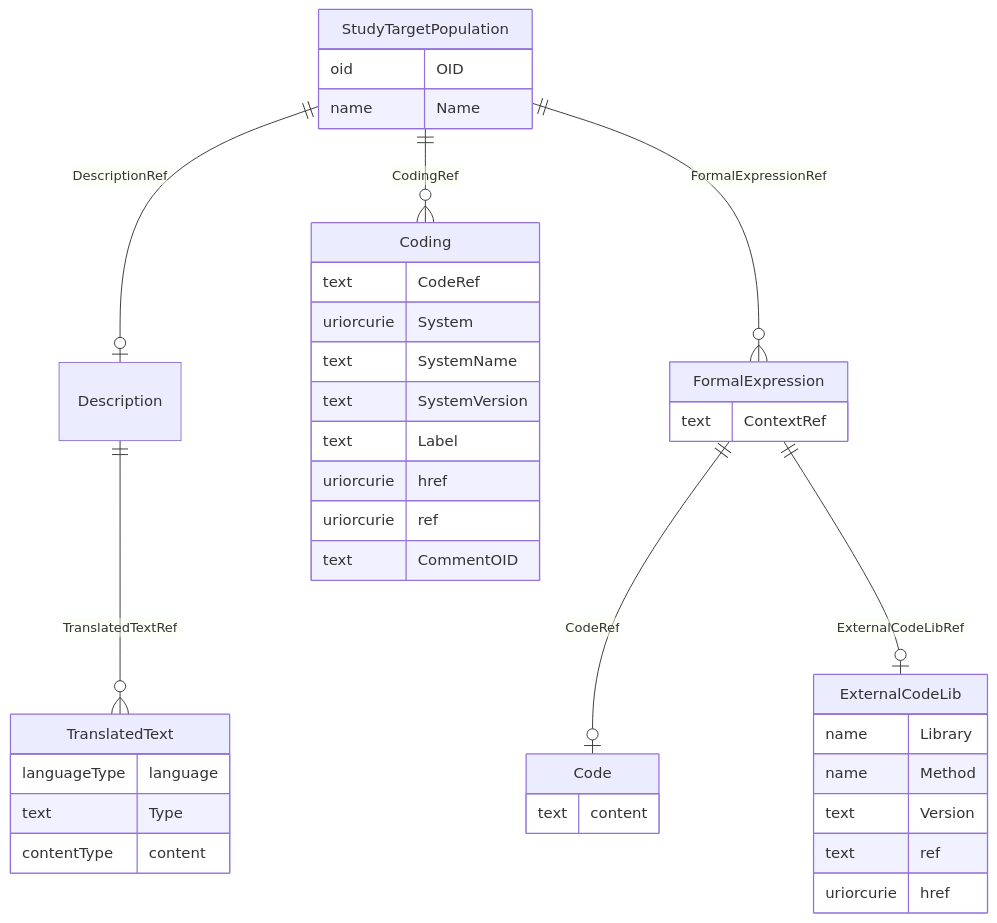
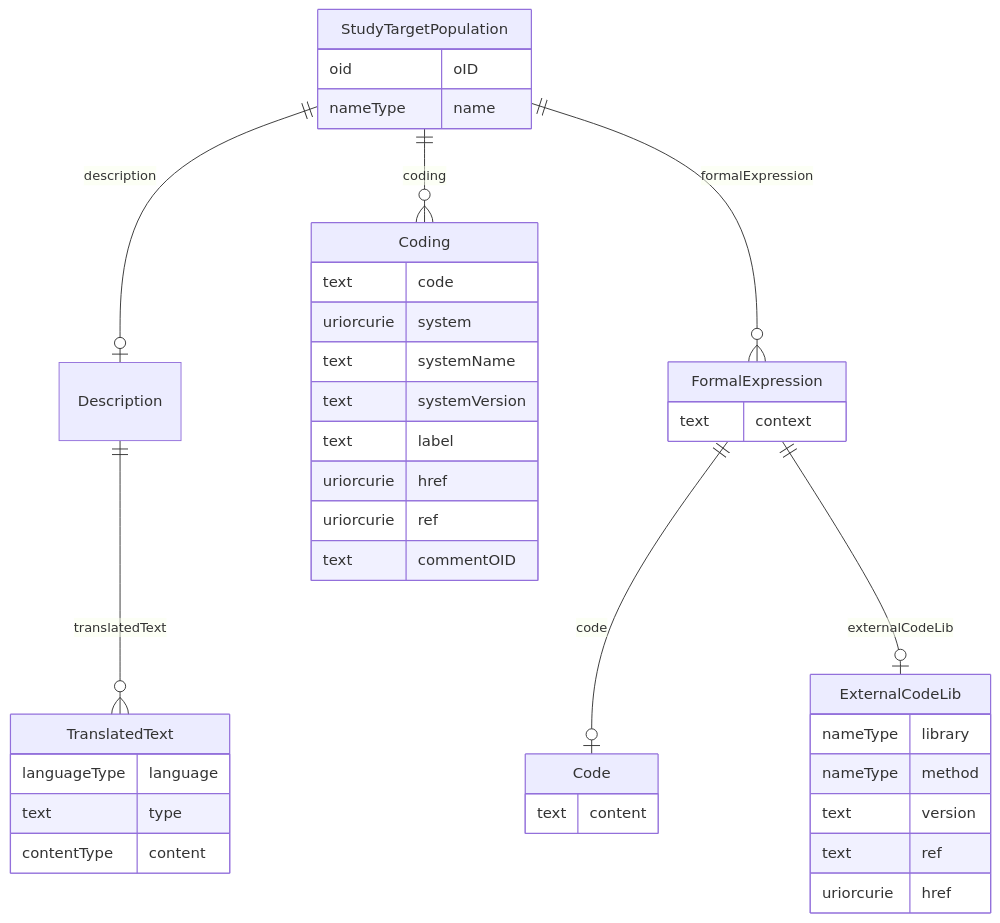
Before and after one commit to cdisc-org/DataExchange-ODM-LinkML: the diagram in docs/StudyTargetPopulation.md, drawn with Mermaid. The commit also changed other lines of this file and 759 other files, not shown here.

````diff
--- a/docs/StudyTargetPopulation.md
+++ b/docs/StudyTargetPopulation.md
@@ -11,46 +11,46 @@
 ```mermaid
 erDiagram
 StudyTargetPopulation {
-    oid OID  
-    name Name  
+    oid oID  
+    nameType name  
 }
 FormalExpression {
-    text ContextRef  
+    text context  
 }
 ExternalCodeLib {
-    name Library  
-    name Method  
-    text Version  
+    nameType library  
+    nameType method  
+    text version  
     text ref  
     uriorcurie href  
 }
 Code {
     text content  
 }
 Coding {
-    text CodeRef  
-    uriorcurie System  
-    text SystemName  
-    text SystemVersion  
-    text Label  
+    text code  
+    uriorcurie system  
+    text systemName  
+    text systemVersion  
+    text label  
     uriorcurie href  
     uriorcurie ref  
-    text CommentOID  
+    text commentOID  
 }
 Description {
 
 }
 TranslatedText {
     languageType language  
-    text Type  
+    text type  
     contentType content  
 }
 
-StudyTargetPopulation ||--|o Description : "DescriptionRef"
-StudyTargetPopulation ||--}o Coding : "CodingRef"
-StudyTargetPopulation ||--}o FormalExpression : "FormalExpressionRef"
-FormalExpression ||--|o Code : "CodeRef"
-FormalExpression ||--|o ExternalCodeLib : "ExternalCodeLibRef"
-Description ||--}o TranslatedText : "TranslatedTextRef"
+StudyTargetPopulation ||--|o Description : "description"
+StudyTargetPopulation ||--}o Coding : "coding"
+StudyTargetPopulation ||--}o FormalExpression : "formalExpression"
+FormalExpression ||--|o Code : "code"
+FormalExpression ||--|o ExternalCodeLib : "externalCodeLib"
+Description ||--}o TranslatedText : "translatedText"
 
 ```
````
